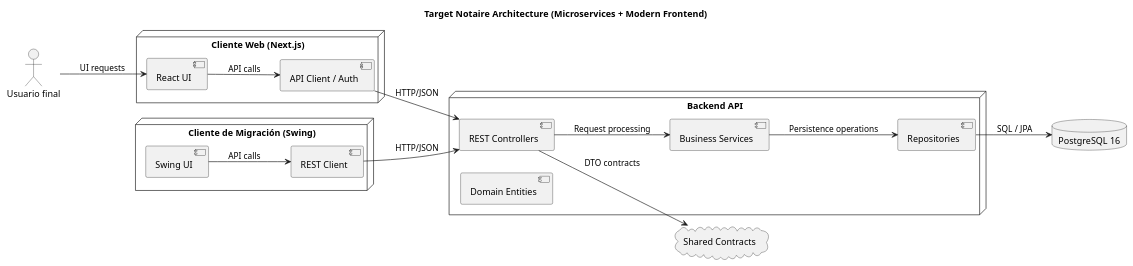
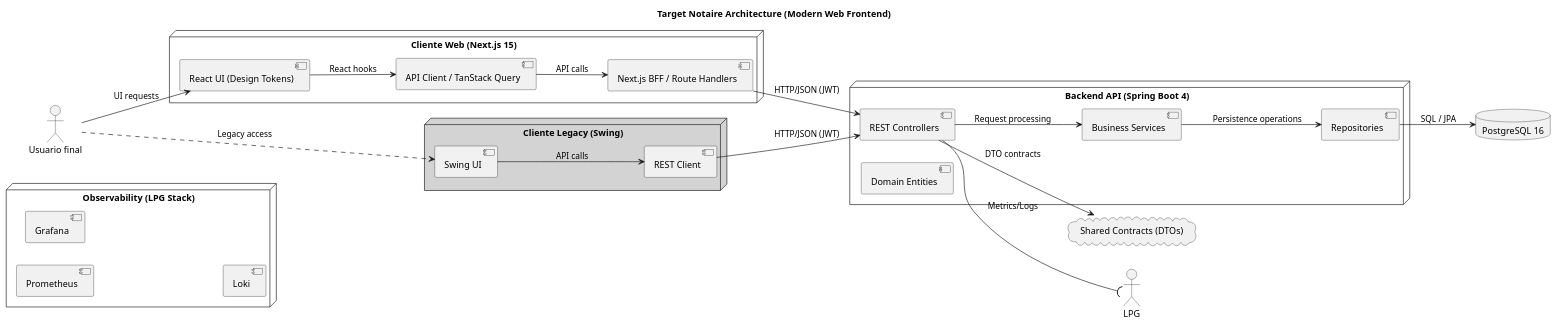
Before and after one commit to matiaspakua/notaire: the diagram in docs/02-architecture/02-overview/architecture-target.puml, drawn with PlantUML. The commit also changed 114 other files, not shown here.

```diff
--- a/docs/02-architecture/02-overview/architecture-target.puml
+++ b/docs/02-architecture/02-overview/architecture-target.puml
@@ -1,30 +1,49 @@
 @startuml
-title Target Notaire Architecture (Microservices + Modern Frontend)
+title Target Notaire Architecture (Modern Web Frontend)
 left to right direction
+
 actor User as "Usuario final"
-node "Cliente Web (Next.js)" {
-  [React UI] as WebUI
-  [API Client / Auth] as WebClient
+
+node "Cliente Web (Next.js 15)" {
+  [React UI (Design Tokens)] as WebUI
+  [API Client / TanStack Query] as WebClient
+  [Next.js BFF / Route Handlers] as BFF
 }
-node "Cliente de Migración (Swing)" {
+
+node "Cliente Legacy (Swing)" #LightGray {
   [Swing UI] as SwingUI
   [REST Client] as SwingClient
 }
-node "Backend API" {
+
+node "Backend API (Spring Boot 4)" {
   [REST Controllers] as API
   [Business Services] as Service
   [Repositories] as Repo
   [Domain Entities] as Domain
 }
+
 database "PostgreSQL 16" as Postgres
-cloud "Shared Contracts" as Shared
+cloud "Shared Contracts (DTOs)" as Shared
+
+node "Observability (LPG Stack)" {
+  [Prometheus]
+  [Grafana]
+  [Loki]
+}
+
 User --> WebUI : UI requests
-WebUI --> WebClient : API calls
+WebUI --> WebClient : React hooks
+WebClient --> BFF : API calls
+BFF --> API : HTTP/JSON (JWT)
+
+User ..> SwingUI : Legacy access
 SwingUI --> SwingClient : API calls
-WebClient --> API : HTTP/JSON
-SwingClient --> API : HTTP/JSON
+SwingClient --> API : HTTP/JSON (JWT)
+
 API --> Service : Request processing
 Service --> Repo : Persistence operations
 Repo --> Postgres : SQL / JPA
 API --> Shared : DTO contracts
+
+API --( LPG : Metrics/Logs
 @enduml
```
